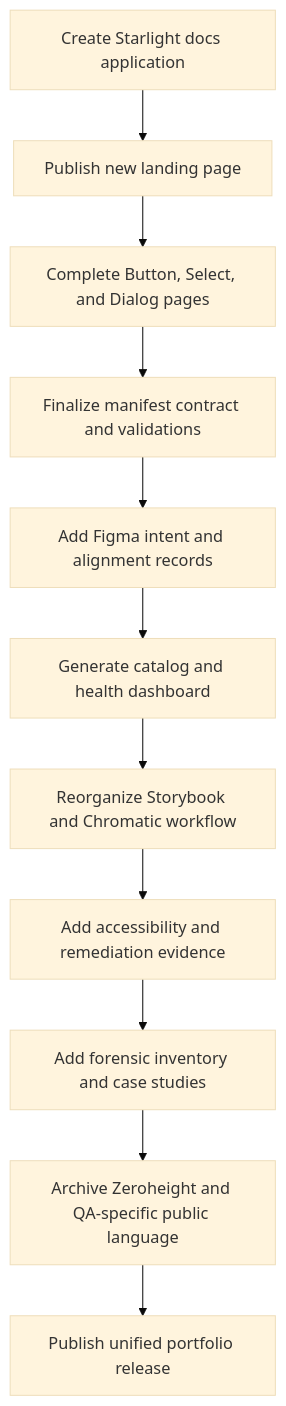
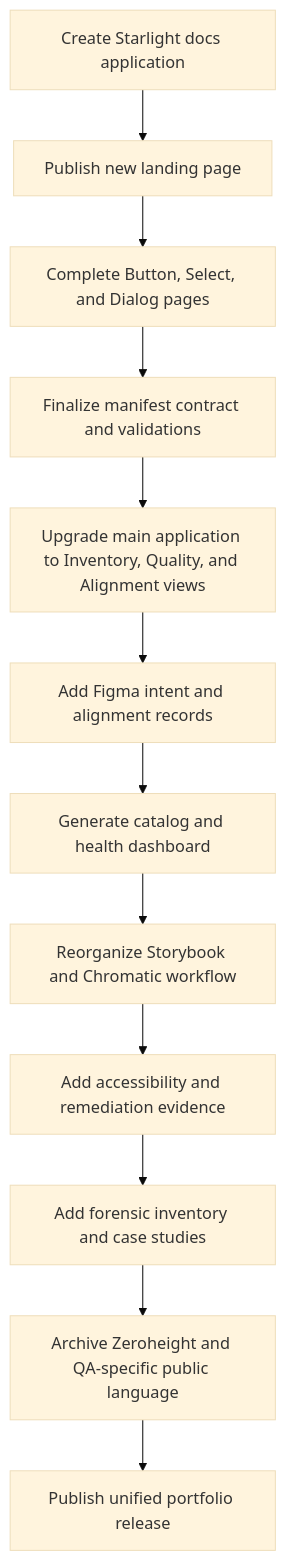
Before and after one commit to JeffreySanford/public-sector-federation: the second of 2 diagrams in docs/documentation-upgrade/README.md, drawn with Mermaid (base theme). The commit also changed other lines of this file, not shown here.

Commit message:
docs: index main application view upgrade plan

````diff
--- a/docs/documentation-upgrade/README.md
+++ b/docs/documentation-upgrade/README.md
@@ -69,13 +70,14 @@
 ```mermaid
 flowchart TD
   A[Create Starlight docs application] --> B[Publish new landing page]
   B --> C[Complete Button, Select, and Dialog pages]
   C --> D[Finalize manifest contract and validations]
-  D --> E[Add Figma intent and alignment records]
-  E --> F[Generate catalog and health dashboard]
-  F --> G[Reorganize Storybook and Chromatic workflow]
-  G --> H[Add accessibility and remediation evidence]
-  H --> I[Add forensic inventory and case studies]
-  I --> J[Archive Zeroheight and QA-specific public language]
-  J --> K[Publish unified portfolio release]
+  D --> E[Upgrade main application to Inventory, Quality, and Alignment views]
+  E --> F[Add Figma intent and alignment records]
+  F --> G[Generate catalog and health dashboard]
+  G --> H[Reorganize Storybook and Chromatic workflow]
+  H --> I[Add accessibility and remediation evidence]
+  I --> J[Add forensic inventory and case studies]
+  J --> K[Archive Zeroheight and QA-specific public language]
+  K --> L[Publish unified portfolio release]
 ```
````
